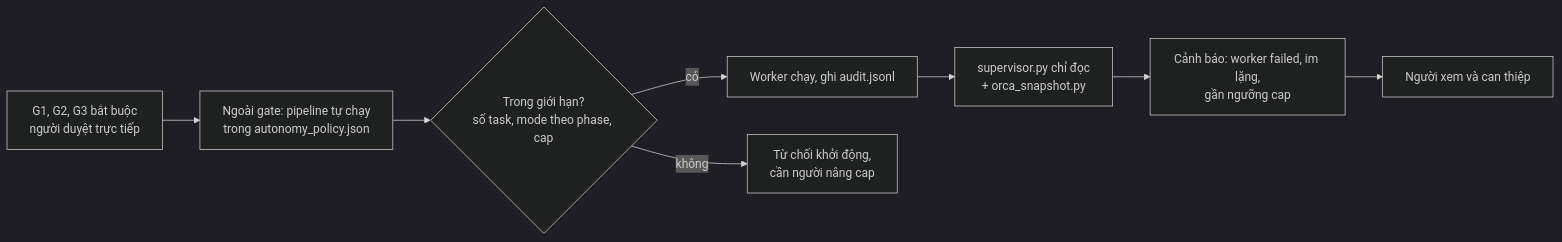
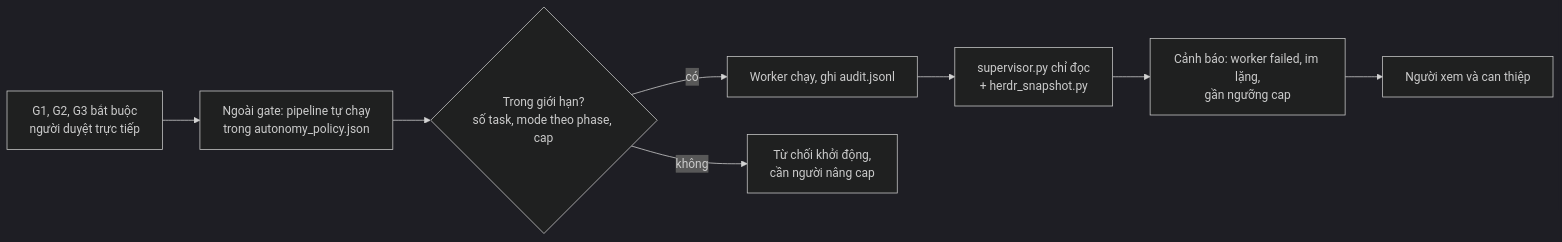
Before and after one commit to cuongtran2203/ai-pipeline: the fifth of 8 diagrams in README.md, drawn with Mermaid (dark theme). The commit also changed other lines of this file and 87 other files, not shown here.

First line of the commit message:
1.0.0.rc: chuyen runtime Orca -> Herdr

````diff
--- a/README.md
+++ b/README.md
@@ -114,10 +123,10 @@
 ```mermaid
 flowchart LR
     GATES["G1, G2, G3 bắt buộc<br/>người duyệt trực tiếp"] --> AUTO["Ngoài gate: pipeline tự chạy<br/>trong autonomy_policy.json"]
     AUTO --> CAP{"Trong giới hạn?<br/>số task, mode theo phase, cap"}
     CAP -->|"có"| RUN["Worker chạy, ghi audit.jsonl"]
     CAP -->|"không"| BLOCK["Từ chối khởi động,<br/>cần người nâng cap"]
-    RUN --> SUP["supervisor.py chỉ đọc<br/>+ orca_snapshot.py"]
+    RUN --> SUP["supervisor.py chỉ đọc<br/>+ herdr_snapshot.py"]
     SUP --> ALERT["Cảnh báo: worker failed, im lặng,<br/>gần ngưỡng cap"]
     ALERT --> HUMAN["Người xem và can thiệp"]
 ```
````
